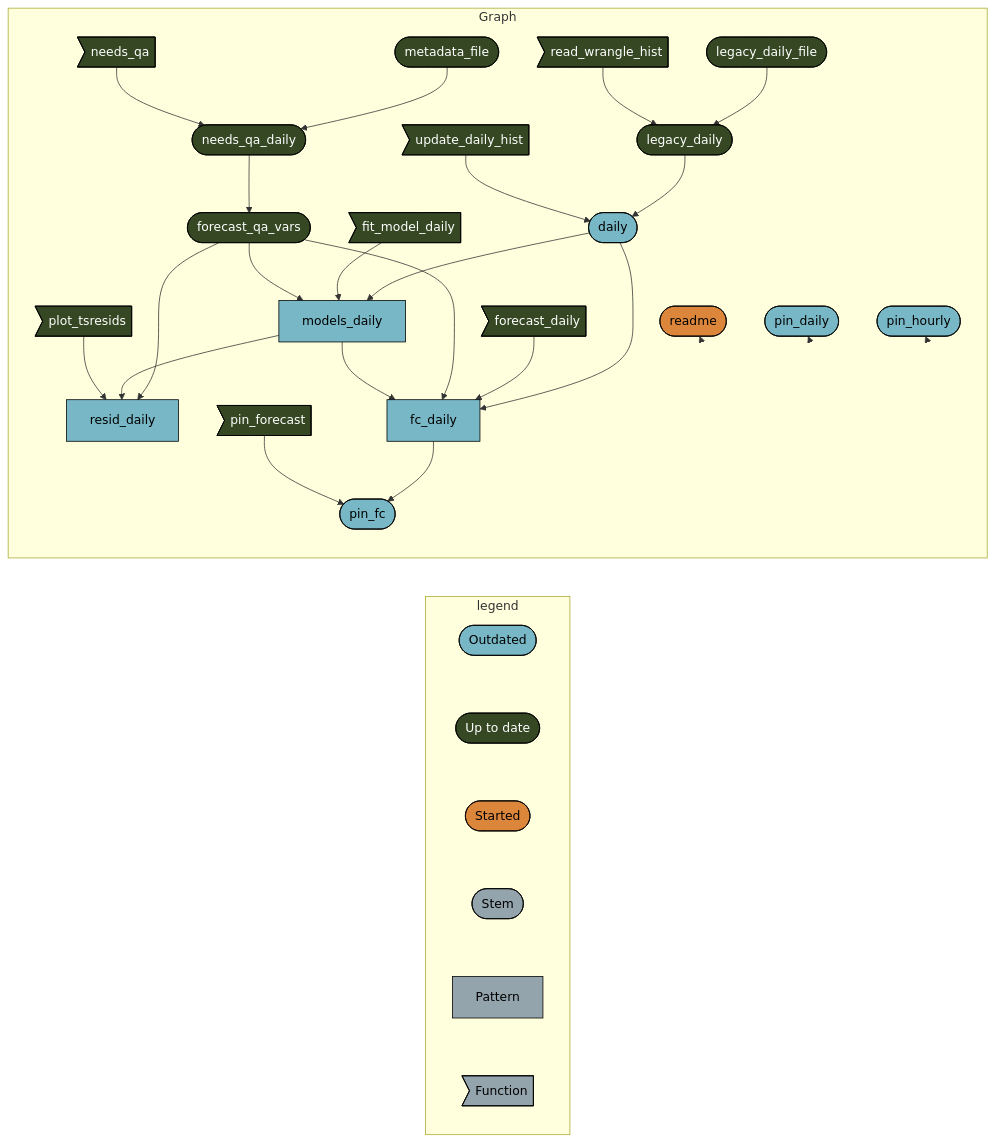
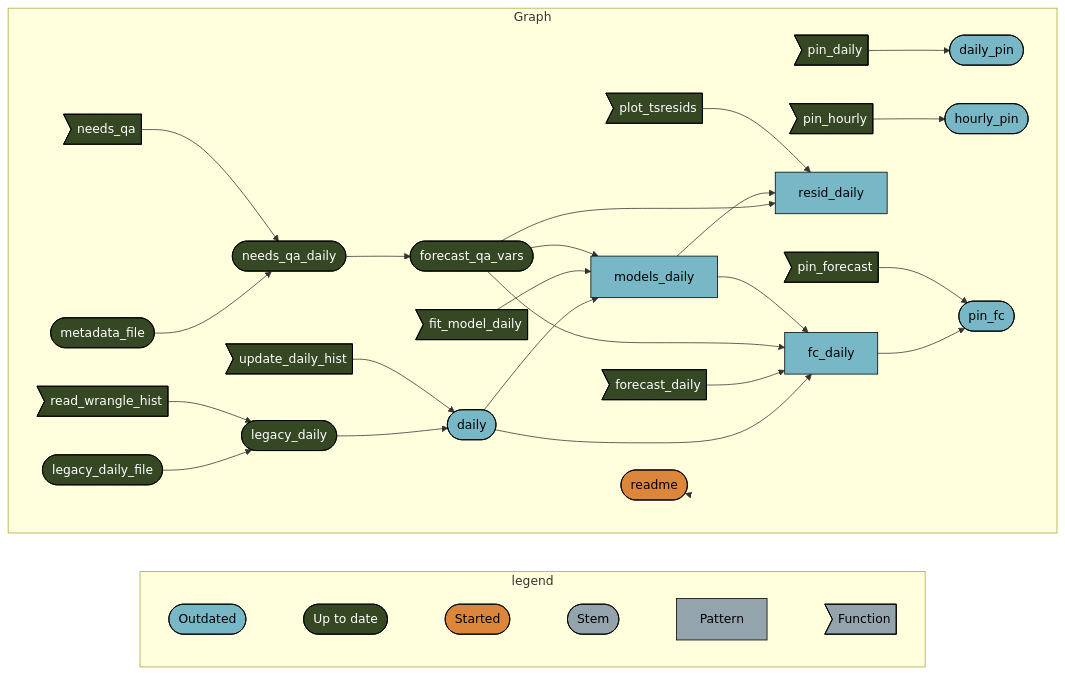
Before and after one commit to uace-azmet/azmet-forecast-qa: the diagram in README.md, drawn with Mermaid. The commit also changed other lines of this file, not shown here.

````diff
--- a/README.md
+++ b/README.md
@@ -62,46 +56,46 @@
 ``` mermaid
 graph LR
   subgraph legend
+    direction LR
     x0a52b03877696646([""Outdated""]):::outdated --- x7420bd9270f8d27d([""Up to date""]):::uptodate
     x7420bd9270f8d27d([""Up to date""]):::uptodate --- x5b3426b4c7fa7dbc([""Started""]):::started
     x5b3426b4c7fa7dbc([""Started""]):::started --- xbf4603d6c2c2ad6b([""Stem""]):::none
     xbf4603d6c2c2ad6b([""Stem""]):::none --- x70a5fa6bea6f298d[""Pattern""]:::none
     x70a5fa6bea6f298d[""Pattern""]:::none --- xf0bce276fe2b9d3e>""Function""]:::none
   end
   subgraph Graph
+    direction LR
+    x77849b39697a3636>"pin_daily"]:::uptodate --> xfdd8393239dc060b(["daily_pin"]):::outdated
+    x077876839e5cc13d>"pin_hourly"]:::uptodate --> x35480c72297980cb(["hourly_pin"]):::outdated
     x601d3b0e7d261371(["forecast_qa_vars"]):::uptodate --> x0bb4ecca77d3d4a0["resid_daily"]:::outdated
     x4d3c4dcfeadc796d["models_daily"]:::outdated --> x0bb4ecca77d3d4a0["resid_daily"]:::outdated
     x10e889bcd8b0fd60>"plot_tsresids"]:::uptodate --> x0bb4ecca77d3d4a0["resid_daily"]:::outdated
     x1920bdb737e11d2e(["legacy_daily_file"]):::uptodate --> xff9b736edef41c8b(["legacy_daily"]):::uptodate
     x842666df821db265>"read_wrangle_hist"]:::uptodate --> xff9b736edef41c8b(["legacy_daily"]):::uptodate
     x6233d5fdb54d5242(["daily"]):::outdated --> x4d3c4dcfeadc796d["models_daily"]:::outdated
     x1f5572089e80d919>"fit_model_daily"]:::uptodate --> x4d3c4dcfeadc796d["models_daily"]:::outdated
     x601d3b0e7d261371(["forecast_qa_vars"]):::uptodate --> x4d3c4dcfeadc796d["models_daily"]:::outdated
     xdd96ec4b0bb5ab6b["fc_daily"]:::outdated --> x8f5c47b9b7da7e75(["pin_fc"]):::outdated
     x82c22abbb211b5ee>"pin_forecast"]:::uptodate --> x8f5c47b9b7da7e75(["pin_fc"]):::outdated
     x6233d5fdb54d5242(["daily"]):::outdated --> xdd96ec4b0bb5ab6b["fc_daily"]:::outdated
     x4bc7352f98499683>"forecast_daily"]:::uptodate --> xdd96ec4b0bb5ab6b["fc_daily"]:::outdated
     x601d3b0e7d261371(["forecast_qa_vars"]):::uptodate --> xdd96ec4b0bb5ab6b["fc_daily"]:::outdated
     x4d3c4dcfeadc796d["models_daily"]:::outdated --> xdd96ec4b0bb5ab6b["fc_daily"]:::outdated
     x3d7b2a2ab5636113(["metadata_file"]):::uptodate --> xdfae9ea4e5207cef(["needs_qa_daily"]):::uptodate
     x06ab7116eed66f15>"needs_qa"]:::uptodate --> xdfae9ea4e5207cef(["needs_qa_daily"]):::uptodate
     xff9b736edef41c8b(["legacy_daily"]):::uptodate --> x6233d5fdb54d5242(["daily"]):::outdated
     x8b3096a190996662>"update_daily_hist"]:::uptodate --> x6233d5fdb54d5242(["daily"]):::outdated
     xdfae9ea4e5207cef(["needs_qa_daily"]):::uptodate --> x601d3b0e7d261371(["forecast_qa_vars"]):::uptodate
     x6e52cb0f1668cc22(["readme"]):::started --> x6e52cb0f1668cc22(["readme"]):::started
-    x77849b39697a3636(["pin_daily"]):::outdated --> x77849b39697a3636(["pin_daily"]):::outdated
-    x077876839e5cc13d(["pin_hourly"]):::outdated --> x077876839e5cc13d(["pin_hourly"]):::outdated
   end
   classDef outdated stroke:#000000,color:#000000,fill:#78B7C5;
   classDef uptodate stroke:#000000,color:#ffffff,fill:#354823;
   classDef started stroke:#000000,color:#000000,fill:#DC863B;
   classDef none stroke:#000000,color:#000000,fill:#94a4ac;
   linkStyle 0 stroke-width:0px;
   linkStyle 1 stroke-width:0px;
   linkStyle 2 stroke-width:0px;
   linkStyle 3 stroke-width:0px;
   linkStyle 4 stroke-width:0px;
-  linkStyle 24 stroke-width:0px;
-  linkStyle 25 stroke-width:0px;
   linkStyle 26 stroke-width:0px;
 ```
````
